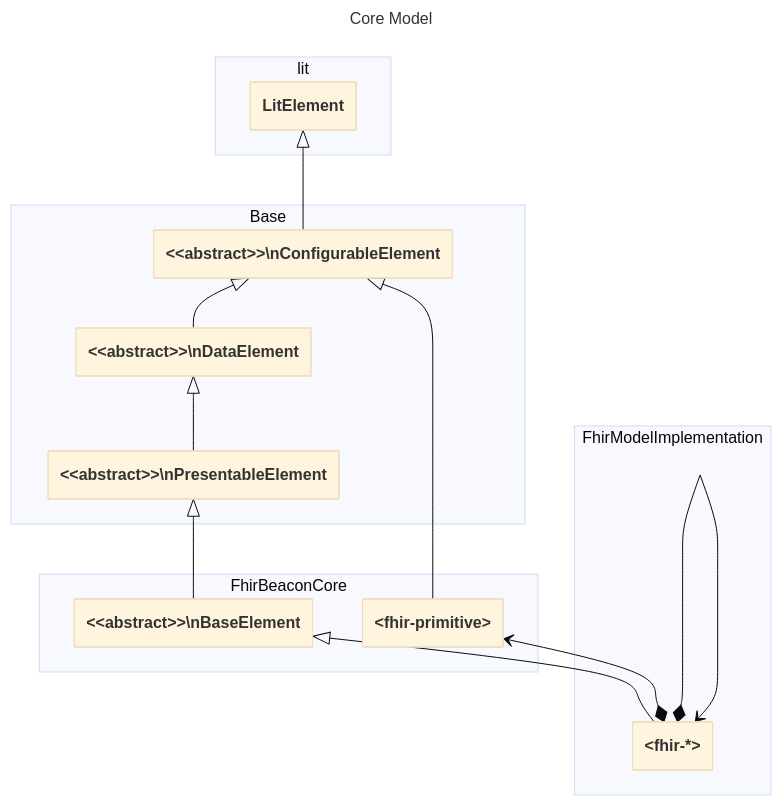
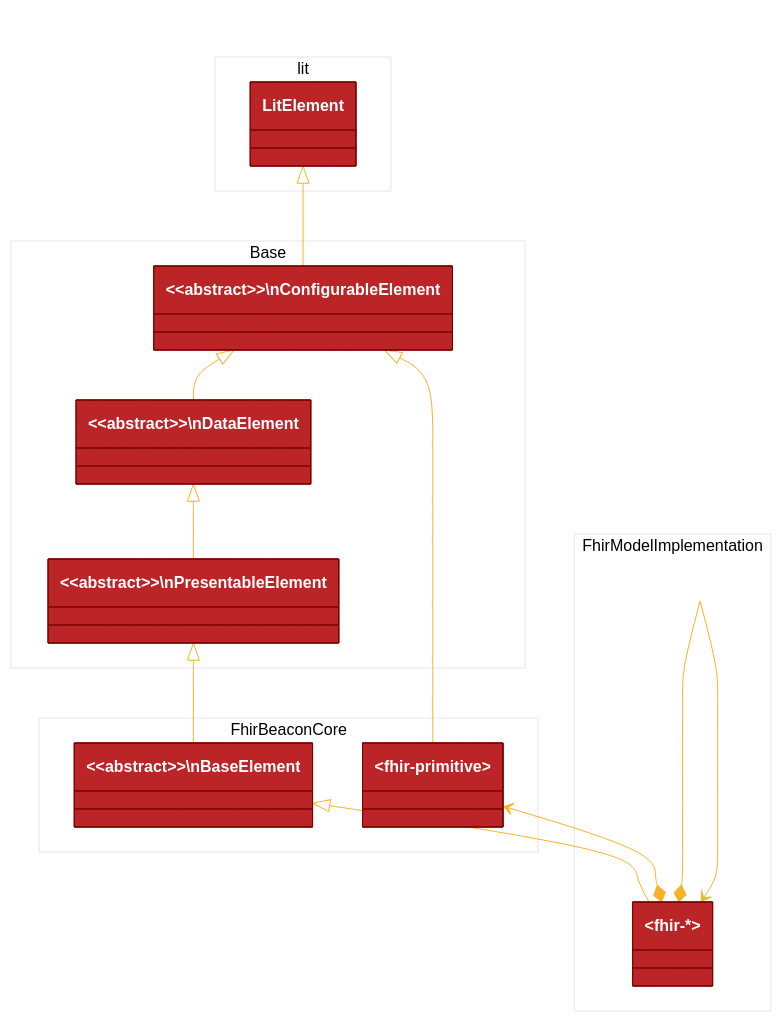
One commit to zenwork/fhir-beacon changed the first of 5 diagrams in packages/library/docs/model.md. Above: the diagram before and after it, drawn with Mermaid. The commit also changed other lines of this file, not shown here.

````diff
--- a/packages/library/docs/model.md
+++ b/packages/library/docs/model.md
@@ -7,45 +7,53 @@
 ```mermaid
 ---
 title: Core Model
-config:
-  theme: base
-  themeVariables:
-    primaryTextColor: #fff
-  class:
-    hideEmptyMembersBox: true
 ---
+%%{
+  init: {
+    'theme': 'base',
+    'themeVariables': {
+          'lineColor': 'blue',
+          'primaryColor': '#BB2528',
+          'primaryTextColor': '#fff',
+          'primaryBorderColor': '#7C0000',
+          'lineColor': '#F8B229',
+          'secondaryColor': '#006100',
+          'tertiaryColor': '#fff'
+    }
+  }
+}%%
 classDiagram
     direction BT
 
     namespace lit {
         class LitElement:::dep
     }
 
     namespace Base {
         class ConfigurableElement["&lt;&lt;abstract&gt;&gt;\nConfigurableElement"]:::base
         class DataElement["&lt;&lt;abstract&gt;&gt;\nDataElement"]:::base
         class PresentableElement["&lt;&lt;abstract&gt;&gt;\nPresentableElement"]:::base
     }
 
     namespace FhirBeaconCore {
         class BaseElement["&lt;&lt;abstract&gt;&gt;\nBaseElement"]:::base
 
         class Primitive["&lt;fhir-primitive&gt;"]:::prim
     }
 
     namespace FhirModelImplementation {
         class FhirModelImpl["&lt;fhir-*&gt;"]:::base
     }
 
     ConfigurableElement --|> LitElement
     DataElement --|> ConfigurableElement
     PresentableElement --|> DataElement
     BaseElement --|> PresentableElement
     Primitive --|> ConfigurableElement
     FhirModelImpl --|> BaseElement
     FhirModelImpl *--> FhirModelImpl
     FhirModelImpl *--> Primitive
 
 
 
 ```
````
